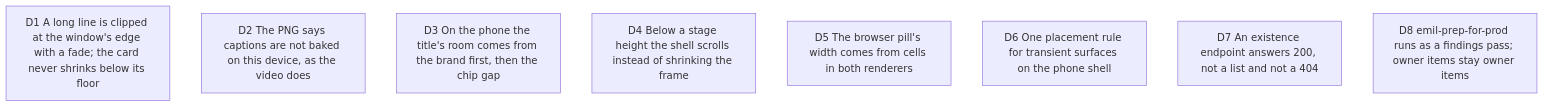
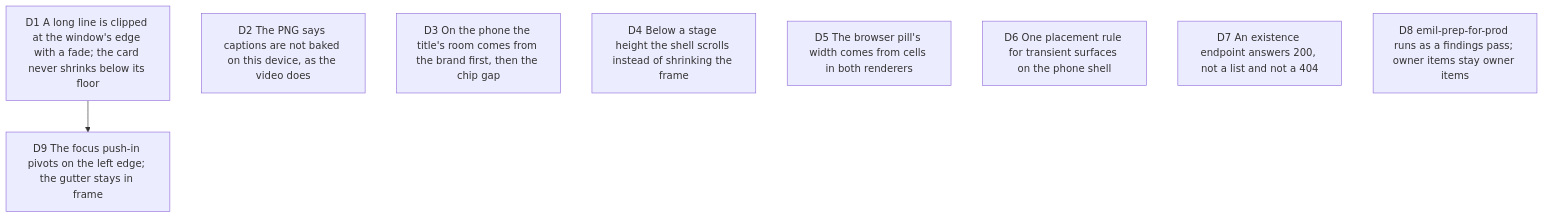
Before and after one commit to delhombre/typelapse: the diagram in docs/decisions/2026-10-07-after-the-gate.md, drawn with Mermaid. The commit also changed other lines of this file, not shown here.

Commit message:
docs(decisions): D9, the focus push-in pivots on the left edge

````diff
--- a/docs/decisions/2026-10-07-after-the-gate.md
+++ b/docs/decisions/2026-10-07-after-the-gate.md
@@ -11,11 +11,13 @@
 ```mermaid
 flowchart TD
   D1["D1 A long line is clipped at the window's edge with a fade; the card never shrinks below its floor"]
   D2["D2 The PNG says captions are not baked on this device, as the video does"]
   D3["D3 On the phone the title's room comes from the brand first, then the chip gap"]
   D4["D4 Below a stage height the shell scrolls instead of shrinking the frame"]
   D5["D5 The browser pill's width comes from cells in both renderers"]
   D6["D6 One placement rule for transient surfaces on the phone shell"]
   D7["D7 An existence endpoint answers 200, not a list and not a 404"]
   D8["D8 emil-prep-for-prod runs as a findings pass; owner items stay owner items"]
+  D9["D9 The focus push-in pivots on the left edge; the gutter stays in frame"]
+  D1 --> D9
 ```
````
